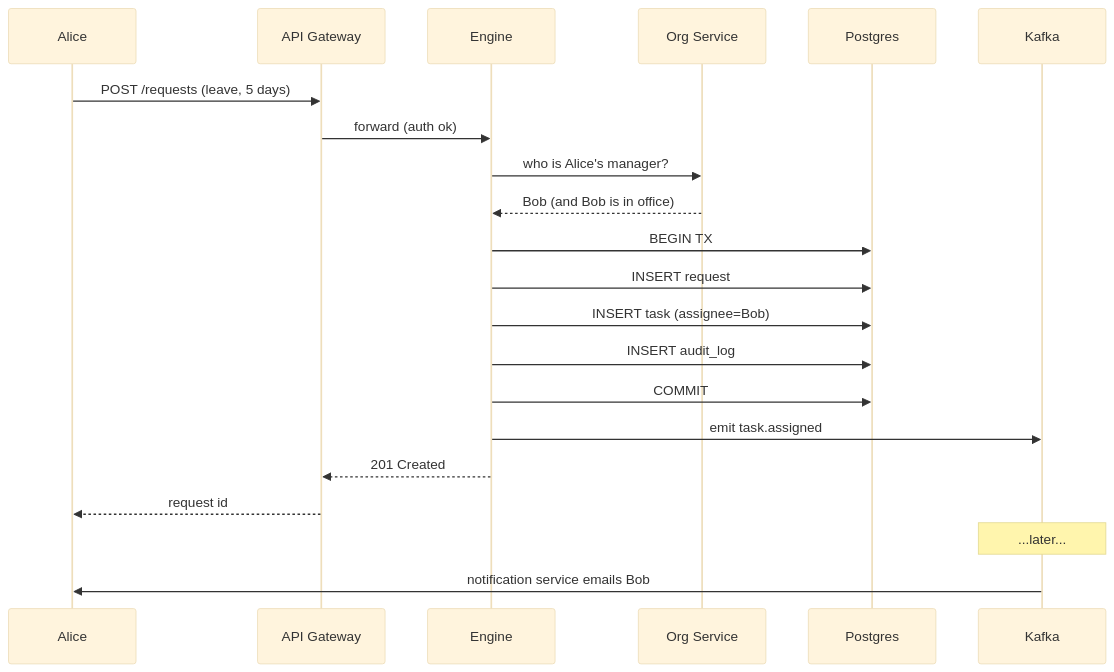
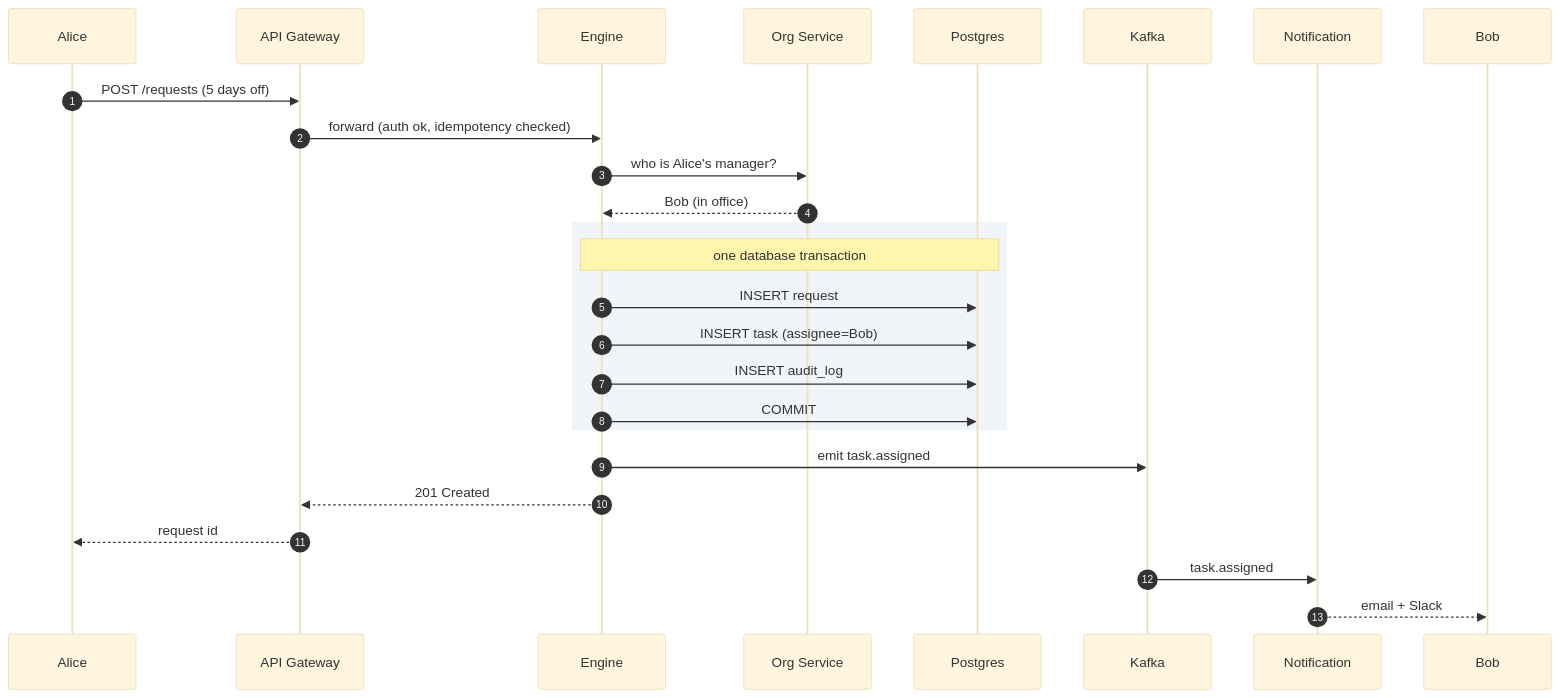
One commit to shiningflash/shiningflash.github.io changed the ninth of 16 diagrams in _practice/system-design/011-approval-management.md. Above: the diagram before and after it, drawn with Mermaid (base theme). The commit also changed other lines of this file and 19 other files, not shown here.

````diff
--- a/_practice/system-design/011-approval-management.md
+++ b/_practice/system-design/011-approval-management.md
@@ -263,25 +363,31 @@
 ```mermaid
 sequenceDiagram
+    autonumber
     participant Alice
-    participant API as API Gateway
-    participant Engine
-    participant Org as Org Service
+    participant GW as API Gateway
+    participant E as Engine
+    participant O as Org Service
     participant DB as Postgres
-    participant Kafka
+    participant K as Kafka
+    participant N as Notification
 
-    Alice->>API: POST /requests (leave, 5 days)
-    API->>Engine: forward (auth ok)
-    Engine->>Org: who is Alice's manager?
-    Org-->>Engine: Bob (and Bob is in office)
-    Engine->>DB: BEGIN TX
-    Engine->>DB: INSERT request
-    Engine->>DB: INSERT task (assignee=Bob)
-    Engine->>DB: INSERT audit_log
-    Engine->>DB: COMMIT
-    Engine->>Kafka: emit task.assigned
-    Engine-->>API: 201 Created
-    API-->>Alice: request id
+    Alice->>GW: POST /requests (5 days off)
+    GW->>E: forward (auth ok, idempotency checked)
+    E->>O: who is Alice's manager?
+    O-->>E: Bob (in office)
 
-    Note over Kafka: ...later...
-    Kafka->>Alice: notification service emails Bob
+    rect rgb(241, 245, 249)
+        Note over E,DB: one database transaction
+        E->>DB: INSERT request
+        E->>DB: INSERT task (assignee=Bob)
+        E->>DB: INSERT audit_log
+        E->>DB: COMMIT
+    end
+
+    E->>K: emit task.assigned
+    E-->>GW: 201 Created
+    GW-->>Alice: request id
+
+    K->>N: task.assigned
+    N-->>Bob: email + Slack
 ```
````
